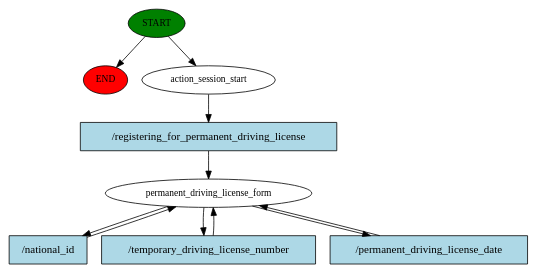
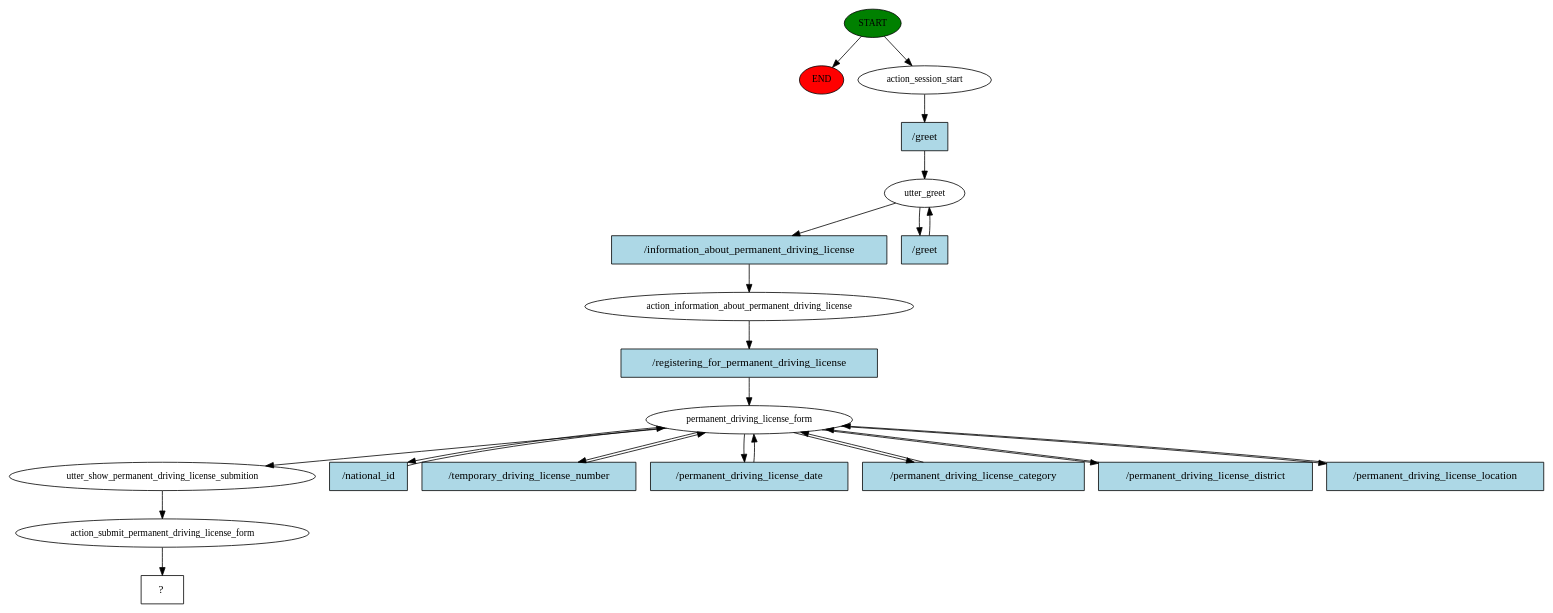
One commit to Kira-Floris/bakame-chatbot changed the diagram in story_graph.dot. Above: the diagram before and after it, drawn with Graphviz. The commit also changed 4 other files, not shown here.

```diff
--- a/story_graph.dot
+++ b/story_graph.dot
@@ -1,20 +1,46 @@
 digraph  {
 0 [class="start active", fillcolor=green, fontsize=12, label=START, style=filled];
 "-1" [class=end, fillcolor=red, fontsize=12, label=END, style=filled];
 1 [class=active, fontsize=12, label=action_session_start];
-2 [class="active dashed", fontsize=12, label=permanent_driving_license_form];
-9 [class="intent active", fillcolor=lightblue, label="/registering_for_permanent_driving_license", shape=rect, style=filled];
-10 [class="intent active", fillcolor=lightblue, label="/national_id", shape=rect, style=filled];
-11 [class="intent active", fillcolor=lightblue, label="/temporary_driving_license_number", shape=rect, style=filled];
-12 [class="intent active", fillcolor=lightblue, label="/permanent_driving_license_date", shape=rect, style=filled];
+2 [class=active, fontsize=12, label=utter_greet];
+4 [class=active, fontsize=12, label=action_information_about_permanent_driving_license];
+5 [class=active, fontsize=12, label=permanent_driving_license_form];
+13 [class=active, fontsize=12, label=utter_show_permanent_driving_license_submition];
+14 [class=active, fontsize=12, label=action_submit_permanent_driving_license_form];
+15 [class="intent dashed active", label="  ?  ", shape=rect];
+16 [class="intent active", fillcolor=lightblue, label="/greet", shape=rect, style=filled];
+17 [class="intent active", fillcolor=lightblue, label="/information_about_permanent_driving_license", shape=rect, style=filled];
+18 [class="intent active", fillcolor=lightblue, label="/greet", shape=rect, style=filled];
+19 [class="intent active", fillcolor=lightblue, label="/registering_for_permanent_driving_license", shape=rect, style=filled];
+20 [class="intent active", fillcolor=lightblue, label="/national_id", shape=rect, style=filled];
+21 [class="intent active", fillcolor=lightblue, label="/temporary_driving_license_number", shape=rect, style=filled];
+22 [class="intent active", fillcolor=lightblue, label="/permanent_driving_license_date", shape=rect, style=filled];
+23 [class="intent active", fillcolor=lightblue, label="/permanent_driving_license_category", shape=rect, style=filled];
+24 [class="intent active", fillcolor=lightblue, label="/permanent_driving_license_district", shape=rect, style=filled];
+25 [class="intent active", fillcolor=lightblue, label="/permanent_driving_license_location", shape=rect, style=filled];
 0 -> "-1"  [class="", key=NONE, label=""];
 0 -> 1  [class=active, key=NONE, label=""];
-1 -> 9  [class=active, key=0];
-2 -> 10  [class=active, key=0];
-2 -> 11  [class=active, key=0];
-2 -> 12  [class=active, key=0];
-9 -> 2  [class=active, key=0];
-10 -> 2  [class=active, key=0];
-11 -> 2  [class=active, key=0];
-12 -> 2  [class=active, key=0];
+1 -> 16  [class=active, key=0];
+2 -> 17  [class=active, key=0];
+2 -> 18  [class=active, key=0];
+4 -> 19  [class=active, key=0];
+5 -> 13  [class=active, key=NONE, label=""];
+5 -> 20  [class=active, key=0];
+5 -> 21  [class=active, key=0];
+5 -> 22  [class=active, key=0];
+5 -> 23  [class=active, key=0];
+5 -> 24  [class=active, key=0];
+5 -> 25  [class=active, key=0];
+13 -> 14  [class=active, key=NONE, label=""];
+14 -> 15  [class=active, key=NONE, label=""];
+16 -> 2  [class=active, key=0];
+17 -> 4  [class=active, key=0];
+18 -> 2  [class=active, key=0];
+19 -> 5  [class=active, key=0];
+20 -> 5  [class=active, key=0];
+21 -> 5  [class=active, key=0];
+22 -> 5  [class=active, key=0];
+23 -> 5  [class=active, key=0];
+24 -> 5  [class=active, key=0];
+25 -> 5  [class=active, key=0];
 }
```
